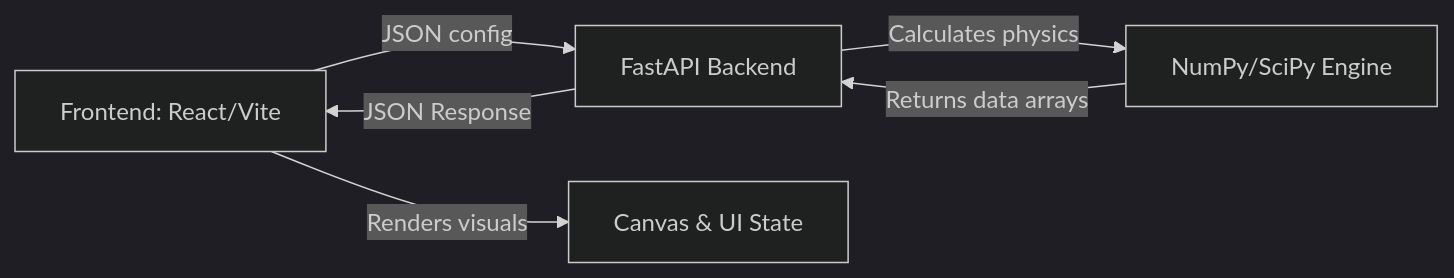
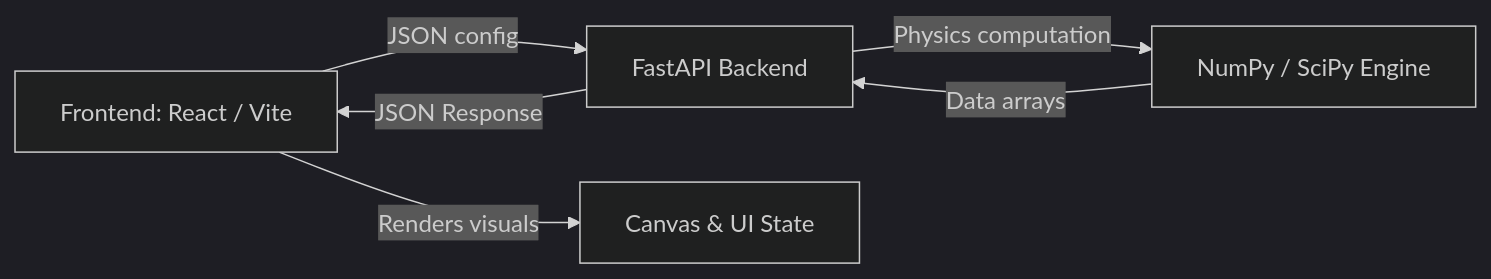
The diagram in README.md (Anas-Mohamed-Abdelghany/Beamforming_Simulator), drawn with Mermaid (dark theme) before and after one commit. The commit also changed other lines of this file and 29 other files, not shown here.

````diff
--- a/README.md
+++ b/README.md
@@ -54,8 +49,8 @@
 ```mermaid
 graph LR
-    UI[Frontend: React/Vite] -- JSON config --> API[FastAPI Backend]
-    API -- Calculates physics --> Engine[NumPy/SciPy Engine]
-    Engine -- Returns data arrays --> API
-    API -- JSON Response --> UI
-    UI -- Renders visuals --> Canvas[Canvas & UI State]
+    UI["Frontend: React / Vite"] -- "JSON config" --> API["FastAPI Backend"]
+    API -- "Physics computation" --> Engine["NumPy / SciPy Engine"]
+    Engine -- "Data arrays" --> API
+    API -- "JSON Response" --> UI
+    UI -- "Renders visuals" --> Canvas["Canvas & UI State"]
 ```
````
